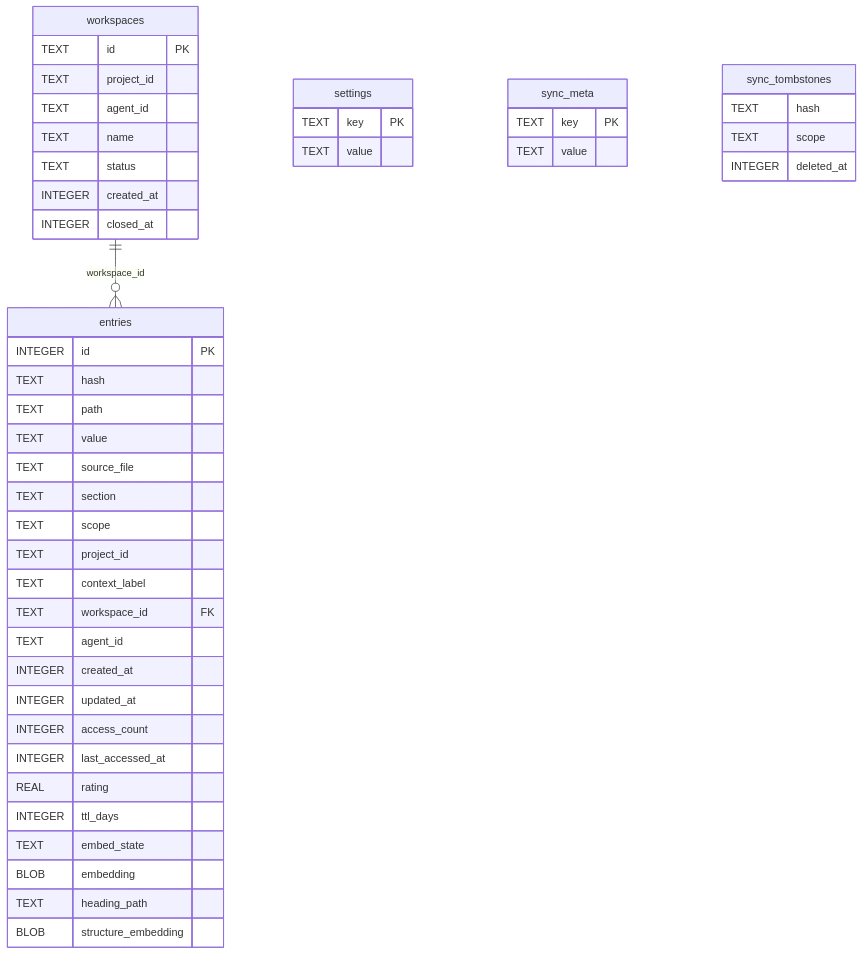
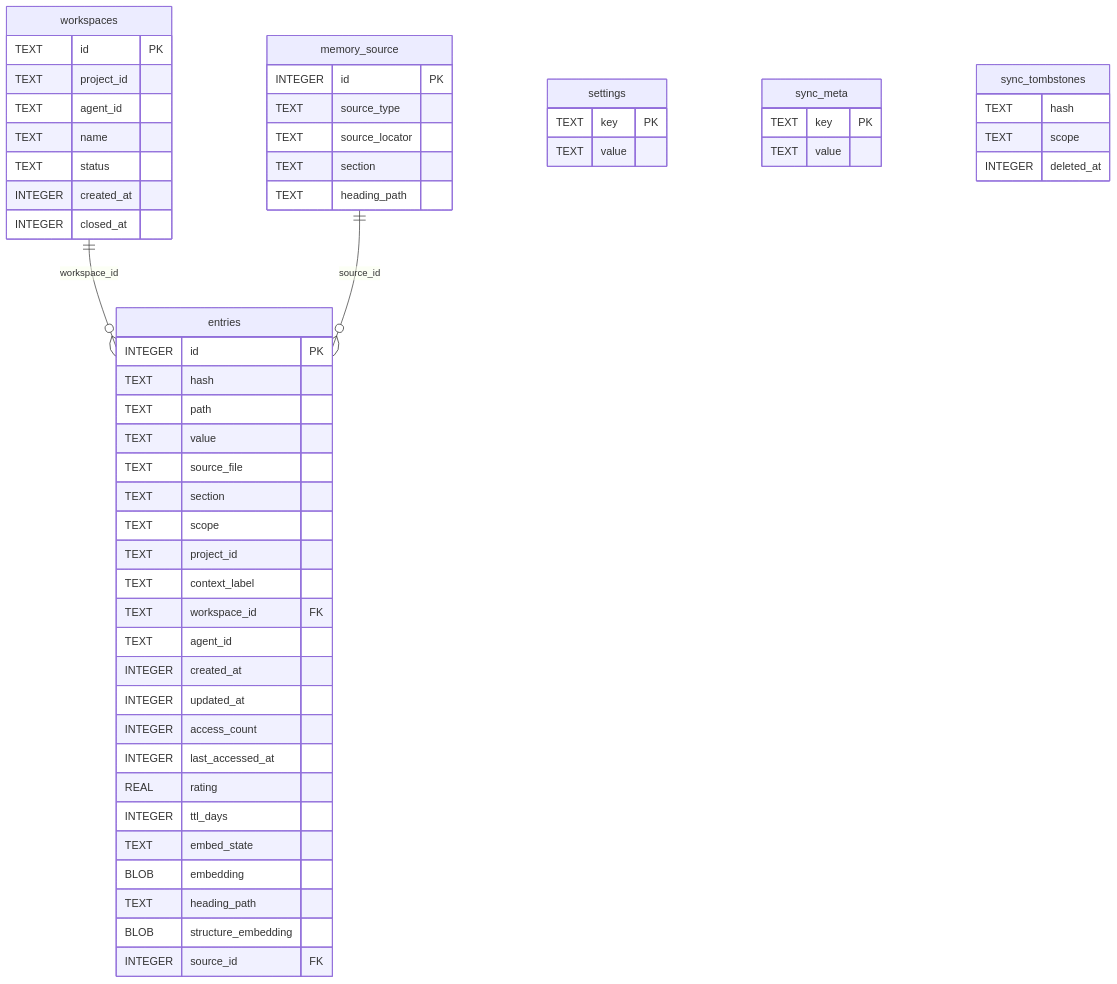
One commit to Arasz/ai-raccoon changed the first of 6 diagrams in docs/explanation/architecture.md. Above: the diagram before and after it, drawn with Mermaid. The commit also changed other lines of this file and 1 other file, not shown here.

First line of the commit message:
docs: update architecture + ADR-0011 for schema v5 (memory_source)

````diff
--- a/docs/explanation/architecture.md
+++ b/docs/explanation/architecture.md
@@ -16,54 +16,64 @@
 ```mermaid
 erDiagram
     workspaces {
         TEXT id PK
         TEXT project_id
         TEXT agent_id
         TEXT name
         TEXT status
         INTEGER created_at
         INTEGER closed_at
     }
 
     entries {
         INTEGER id PK
         TEXT hash
         TEXT path
         TEXT value
         TEXT source_file
         TEXT section
         TEXT scope
         TEXT project_id
         TEXT context_label
         TEXT workspace_id FK
         TEXT agent_id
         INTEGER created_at
         INTEGER updated_at
         INTEGER access_count
         INTEGER last_accessed_at
         REAL rating
         INTEGER ttl_days
         TEXT embed_state
         BLOB embedding
         TEXT heading_path
         BLOB structure_embedding
+        INTEGER source_id FK
+    }
+
+    memory_source {
+        INTEGER id PK
+        TEXT source_type
+        TEXT source_locator
+        TEXT section
+        TEXT heading_path
     }
 
     settings {
         TEXT key PK
         TEXT value
     }
 
     sync_meta {
         TEXT key PK
         TEXT value
     }
 
     sync_tombstones {
         TEXT hash
         TEXT scope
         INTEGER deleted_at
     }
 
     workspaces ||--o{ entries : "workspace_id"
+    memory_source ||--o{ entries : "source_id"
 ```
````
